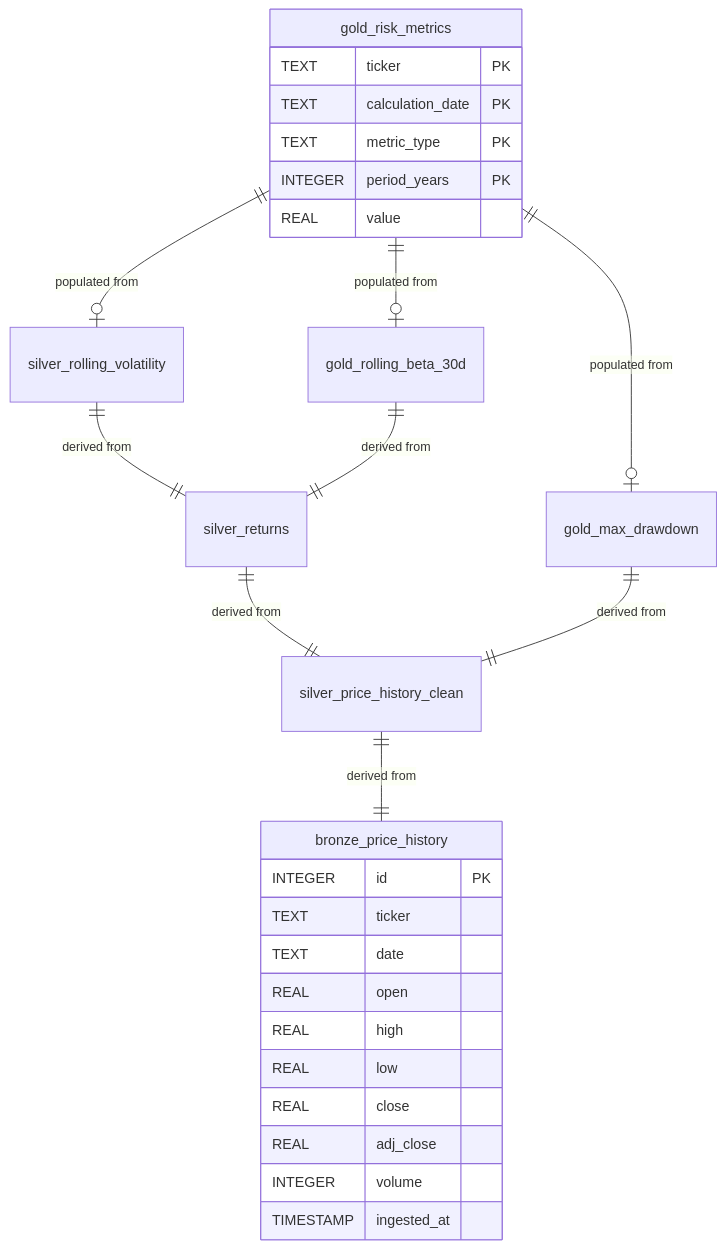
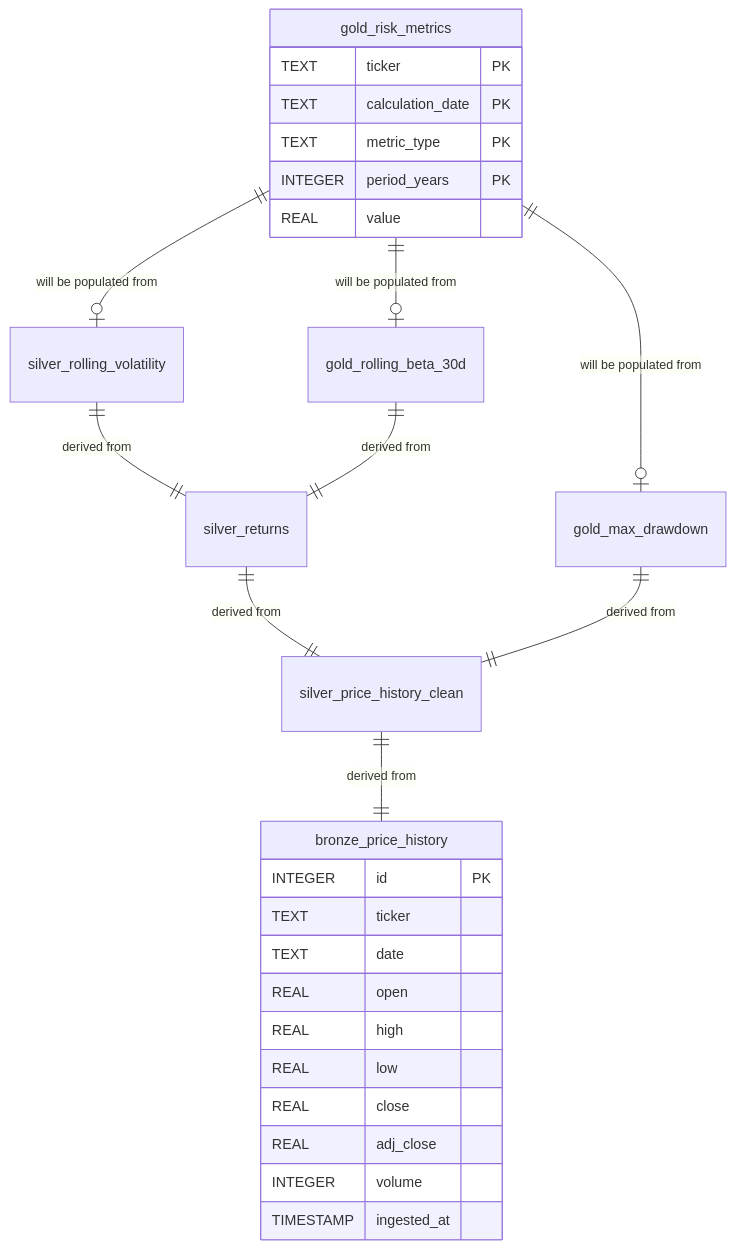
One commit to vrrgithub1/stock-risk-engine changed the diagram in README.md. Above: the diagram before and after it, drawn with Mermaid.

Commit message:
ERD Diagram update

````diff
--- a/README.md
+++ b/README.md
@@ -174,32 +174,32 @@
 ```mermaid
 erDiagram
     bronze_price_history {
         INTEGER id PK
         TEXT ticker
         TEXT date
         REAL open
         REAL high
         REAL low
         REAL close
         REAL adj_close
         INTEGER volume
         TIMESTAMP ingested_at
     }
     
     gold_risk_metrics {
         TEXT ticker PK
         TEXT calculation_date PK
         TEXT metric_type PK
         INTEGER period_years PK
         REAL value
     }
     
     silver_price_history_clean ||--|| bronze_price_history : "derived from"
     silver_returns ||--|| silver_price_history_clean : "derived from"
     silver_rolling_volatility ||--|| silver_returns : "derived from"
     gold_rolling_beta_30d ||--|| silver_returns : "derived from"
     gold_max_drawdown ||--|| silver_price_history_clean : "derived from"
-    gold_risk_metrics ||--o| gold_rolling_beta_30d : "populated from"
-    gold_risk_metrics ||--o| gold_max_drawdown : "populated from"
-    gold_risk_metrics ||--o| silver_rolling_volatility : "populated from"
+    gold_risk_metrics ||--o| gold_rolling_beta_30d : "will be populated from"
+    gold_risk_metrics ||--o| gold_max_drawdown : "will be populated from"
+    gold_risk_metrics ||--o| silver_rolling_volatility : "will be populated from"
 ```
````
